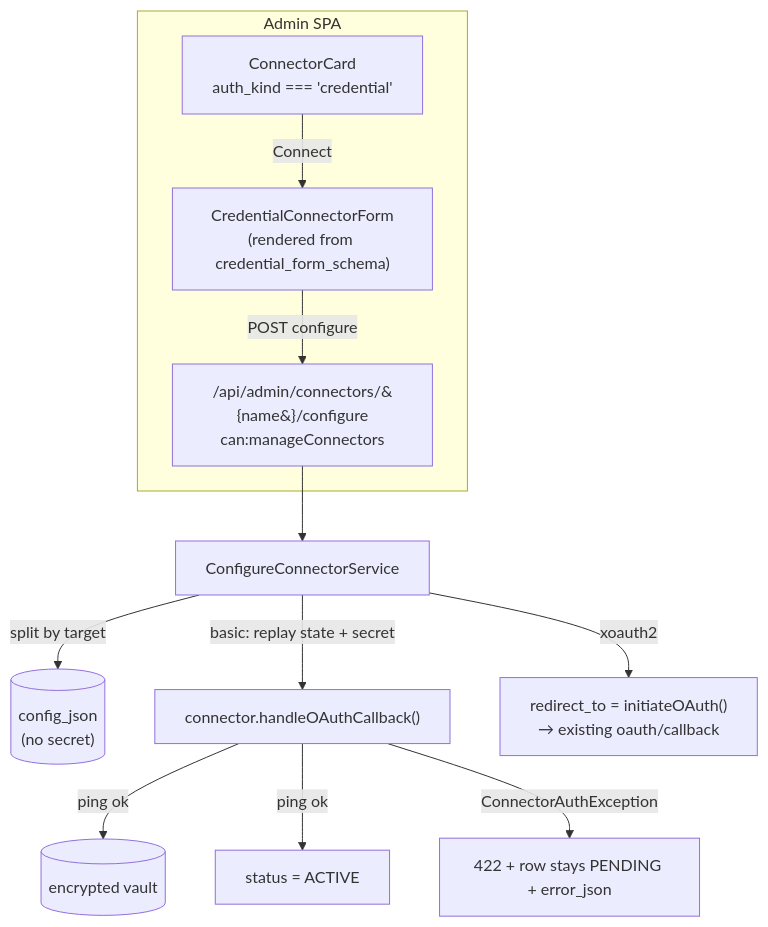
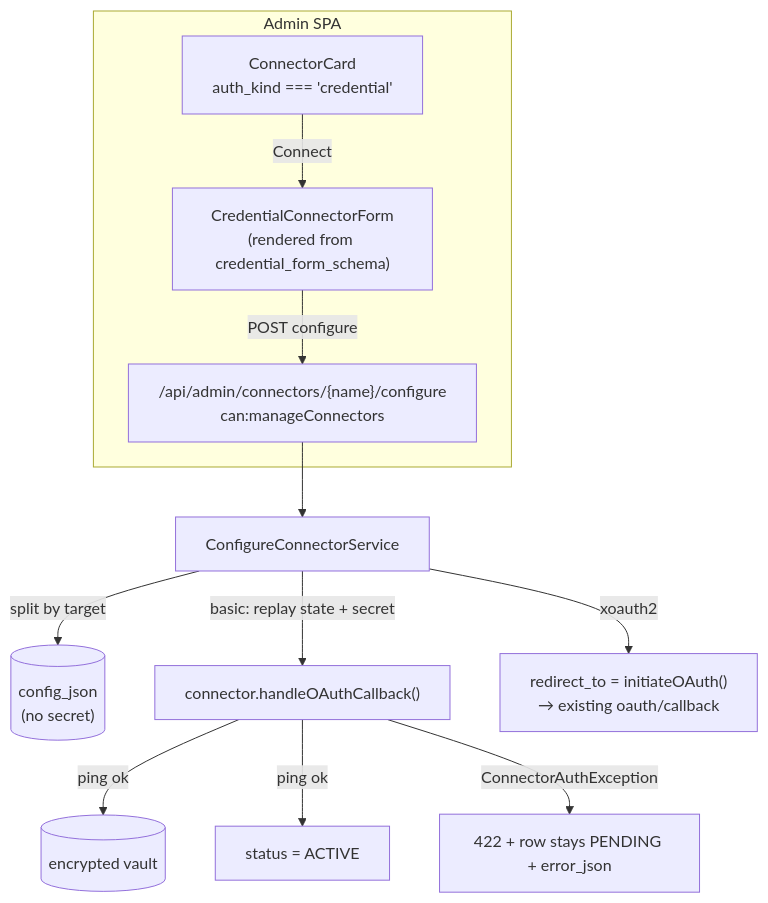
The diagram in docs-site/connectors-credential.mdx (lopadova/AskMyDocs), drawn with Mermaid before and after one commit. The commit also changed 1 other file, not shown here.

Commit message:
refactor(v8.17): tighten configure payload type + fix mermaid placeholder (Copilot)
Copilot review on PR #327:
- ConfigureConnectorPayload no longer allows null. The form omits emptied
  optionals (so the BE applies the schema default); typing out null prevents a
  caller from accidentally sending { field: null }. Build green (no caller sent
  null).
- docs-site mermaid: the route placeholder used HTML entities (&#123;name&#125;)
  that render literally inside a fenced block; replaced with the plain {name}.

````diff
--- a/docs-site/connectors-credential.mdx
+++ b/docs-site/connectors-credential.mdx
@@ -64,14 +64,14 @@
 ```mermaid
 flowchart TD
     subgraph FE[Admin SPA]
       CARD["ConnectorCard<br/>auth_kind === 'credential'"] -->|Connect| MODAL["CredentialConnectorForm<br/>(rendered from credential_form_schema)"]
       MODAL -->|POST configure| API
     end
-    API["/api/admin/connectors/&#123;name&#125;/configure<br/>can:manageConnectors"] --> SVC["ConfigureConnectorService"]
+    API["/api/admin/connectors/{name}/configure<br/>can:manageConnectors"] --> SVC["ConfigureConnectorService"]
     SVC -->|split by target| CFG[("config_json<br/>(no secret)")]
     SVC -->|basic: replay state + secret| HOC["connector.handleOAuthCallback()"]
     HOC -->|ping ok| VAULT[("encrypted vault")]
     HOC -->|ping ok| ACTIVE["status = ACTIVE"]
     HOC -->|ConnectorAuthException| P422["422 + row stays PENDING + error_json"]
     SVC -->|xoauth2| REDIR["redirect_to = initiateOAuth()<br/>→ existing oauth/callback"]
 ```
````
